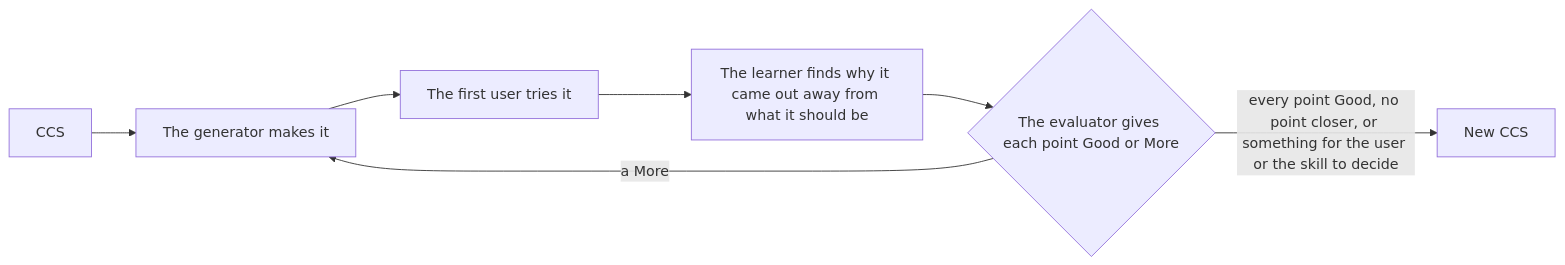
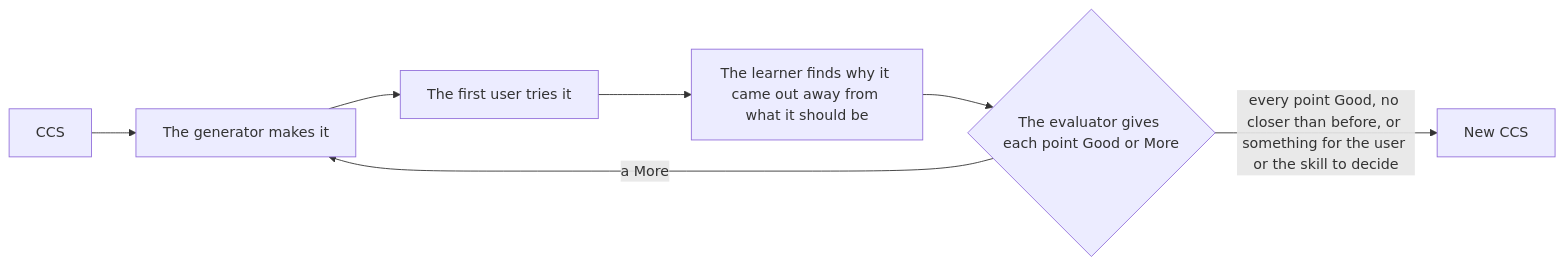
One commit to lovaizu/ccpm changed the diagram in turn/README.md. Above: the diagram before and after it, drawn with Mermaid. The commit also changed other lines of this file and 1 other file, not shown here.

Commit message:
turn: one condition for a remake that brings the deliverable closer; the copy and the measure
The loop goes on only while each remake turns a More into Good and no Good into More. The
first user's copy holds nothing the receiver does not have. On receiving, the deliverable
must be none of the viewpoint files and sources.

````diff
--- a/turn/README.md
+++ b/turn/README.md
@@ -38,9 +38,9 @@
 ```mermaid
 flowchart LR
   I[CCS] --> M[The generator makes it]
   M --> U[The first user tries it]
   U --> L[The learner finds why it came out away from what it should be]
   L --> J{The evaluator gives each point Good or More}
   J -->|a More| M
-  J -->|every point Good, no point closer, or something for the user or the skill to decide| O[New CCS]
+  J -->|every point Good, no closer than before, or something for the user or the skill to decide| O[New CCS]
 ```
````
